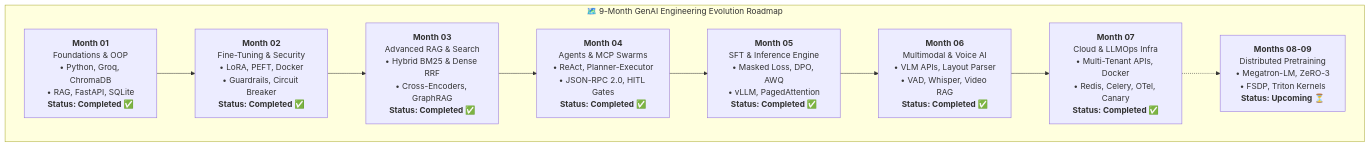
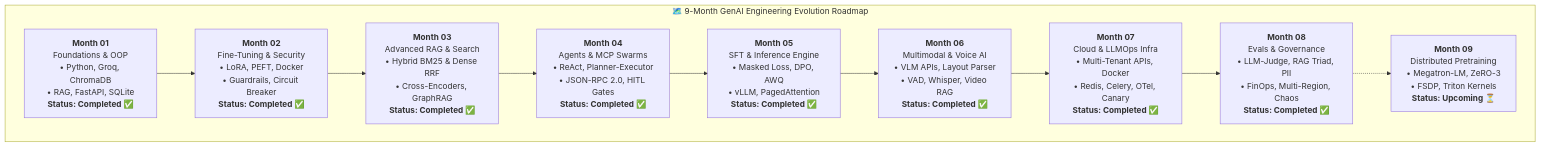
One commit to KUSHALMN/GenAI-Engineer-Roadmap changed the first of 3 diagrams in README.md. Above: the diagram before and after it, drawn with Mermaid. The commit also changed other lines of this file, not shown here.

Commit message:
docs: update root README milestone to 236 days and Month-08 completion

````diff
--- a/README.md
+++ b/README.md
@@ -34,16 +34,17 @@
 ```mermaid
 flowchart LR
     subgraph Evolution["🗺️ 9-Month GenAI Engineering Evolution Roadmap"]
         direction LR
         M1["<b>Month 01</b><br/>Foundations & OOP<br/>• Python, Groq, ChromaDB<br/>• RAG, FastAPI, SQLite<br/><b>Status: Completed ✅</b>"]
         M2["<b>Month 02</b><br/>Fine-Tuning & Security<br/>• LoRA, PEFT, Docker<br/>• Guardrails, Circuit Breaker<br/><b>Status: Completed ✅</b>"]
         M3["<b>Month 03</b><br/>Advanced RAG & Search<br/>• Hybrid BM25 & Dense RRF<br/>• Cross-Encoders, GraphRAG<br/><b>Status: Completed ✅</b>"]
         M4["<b>Month 04</b><br/>Agents & MCP Swarms<br/>• ReAct, Planner-Executor<br/>• JSON-RPC 2.0, HITL Gates<br/><b>Status: Completed ✅</b>"]
         M5["<b>Month 05</b><br/>SFT & Inference Engine<br/>• Masked Loss, DPO, AWQ<br/>• vLLM, PagedAttention<br/><b>Status: Completed ✅</b>"]
         M6["<b>Month 06</b><br/>Multimodal & Voice AI<br/>• VLM APIs, Layout Parser<br/>• VAD, Whisper, Video RAG<br/><b>Status: Completed ✅</b>"]
         M7["<b>Month 07</b><br/>Cloud & LLMOps Infra<br/>• Multi-Tenant APIs, Docker<br/>• Redis, Celery, OTel, Canary<br/><b>Status: Completed ✅</b>"]
-        M8["<b>Months 08-09</b><br/>Distributed Pretraining<br/>• Megatron-LM, ZeRO-3<br/>• FSDP, Triton Kernels<br/><b>Status: Upcoming ⏳</b>"]
+        M8["<b>Month 08</b><br/>Evals & Governance<br/>• LLM-Judge, RAG Triad, PII<br/>• FinOps, Multi-Region, Chaos<br/><b>Status: Completed ✅</b>"]
+        M9["<b>Month 09</b><br/>Distributed Pretraining<br/>• Megatron-LM, ZeRO-3<br/>• FSDP, Triton Kernels<br/><b>Status: Upcoming ⏳</b>"]
 
-        M1 --> M2 --> M3 --> M4 --> M5 --> M6 --> M7 -.-> M8
+        M1 --> M2 --> M3 --> M4 --> M5 --> M6 --> M7 --> M8 -.-> M9
     end
 ```
````
